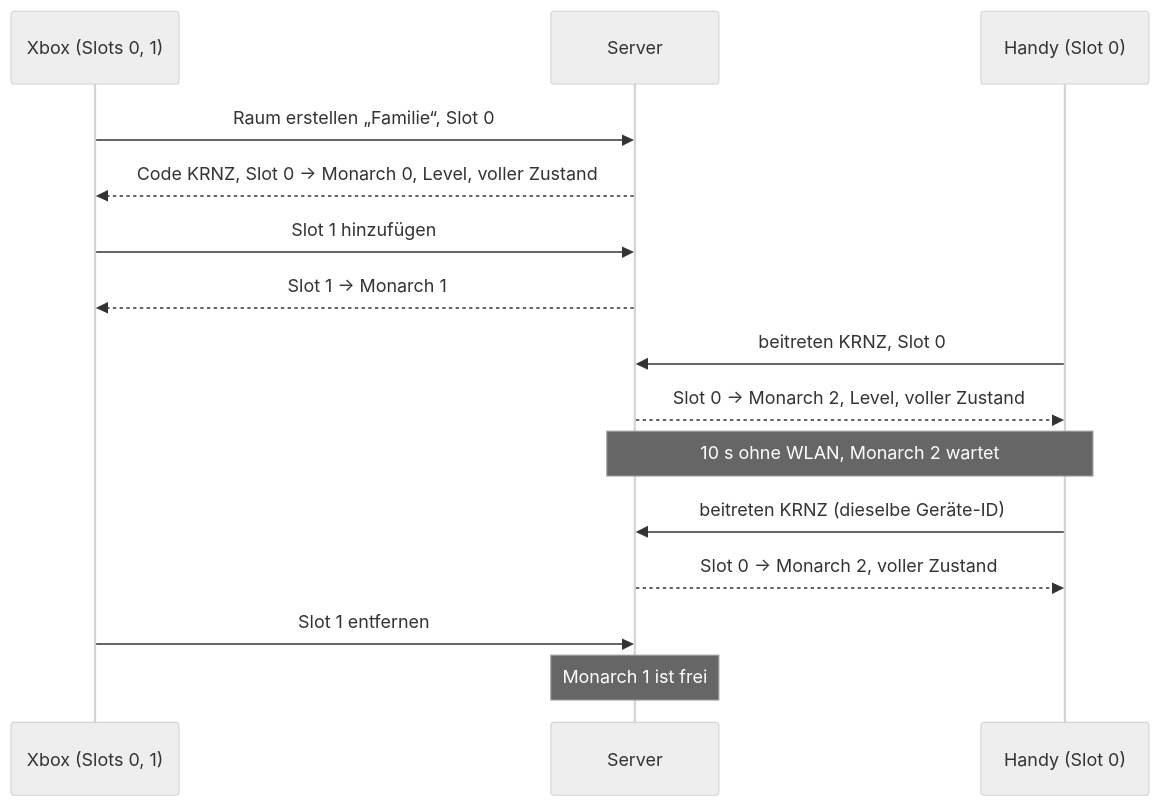
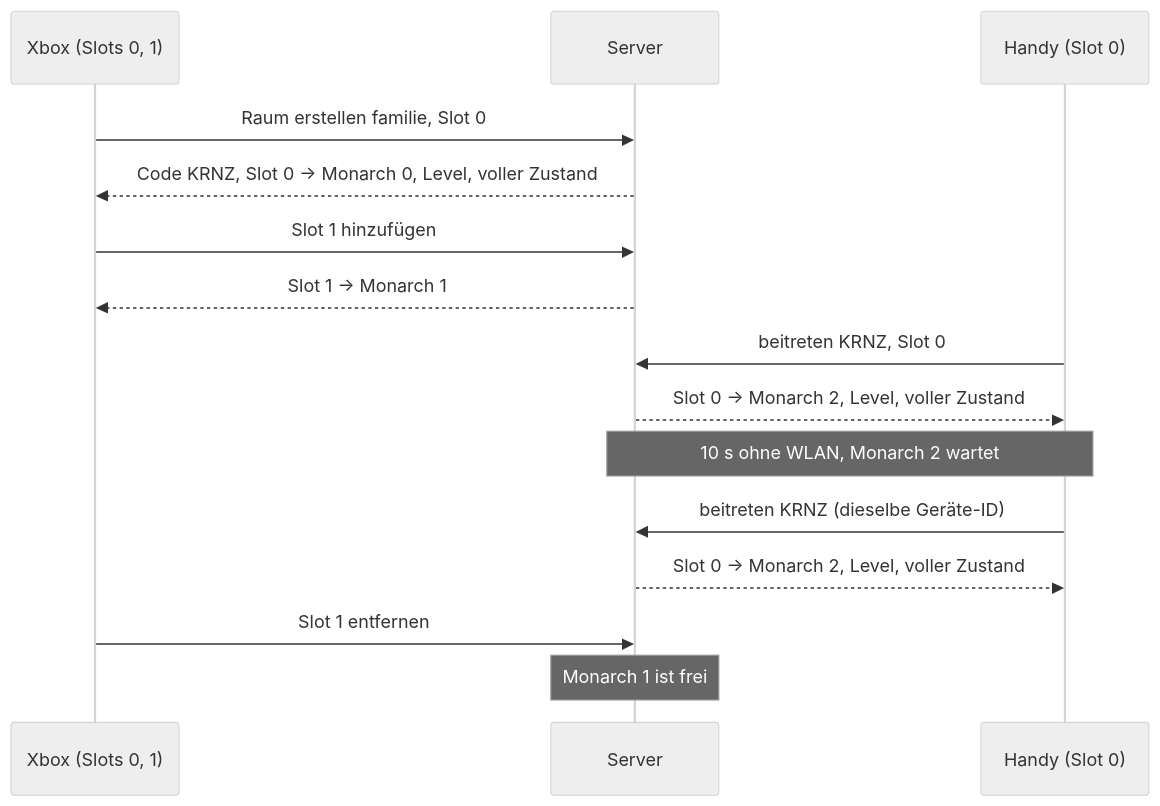
One commit to Tenvan/k3c-family changed the diagram in docs/protocol.md. Above: the diagram before and after it, drawn with Mermaid (neutral theme). The commit also changed other lines of this file and 10 other files, not shown here.

````diff
--- a/docs/protocol.md
+++ b/docs/protocol.md
@@ -121,17 +138,17 @@
 ```mermaid
 sequenceDiagram
   participant X as Xbox (Slots 0, 1)
   participant S as Server
   participant H as Handy (Slot 0)
-  X->>S: Raum erstellen „Familie“, Slot 0
+  X->>S: Raum erstellen familie, Slot 0
   S-->>X: Code KRNZ, Slot 0 → Monarch 0, Level, voller Zustand
   X->>S: Slot 1 hinzufügen
   S-->>X: Slot 1 → Monarch 1
   H->>S: beitreten KRNZ, Slot 0
   S-->>H: Slot 0 → Monarch 2, Level, voller Zustand
   Note over H,S: 10 s ohne WLAN, Monarch 2 wartet
   H->>S: beitreten KRNZ (dieselbe Geräte-ID)
-  S-->>H: Slot 0 → Monarch 2, voller Zustand
+  S-->>H: Slot 0 → Monarch 2, Level, voller Zustand
   X->>S: Slot 1 entfernen
   Note over S: Monarch 1 ist frei
 ```
````
